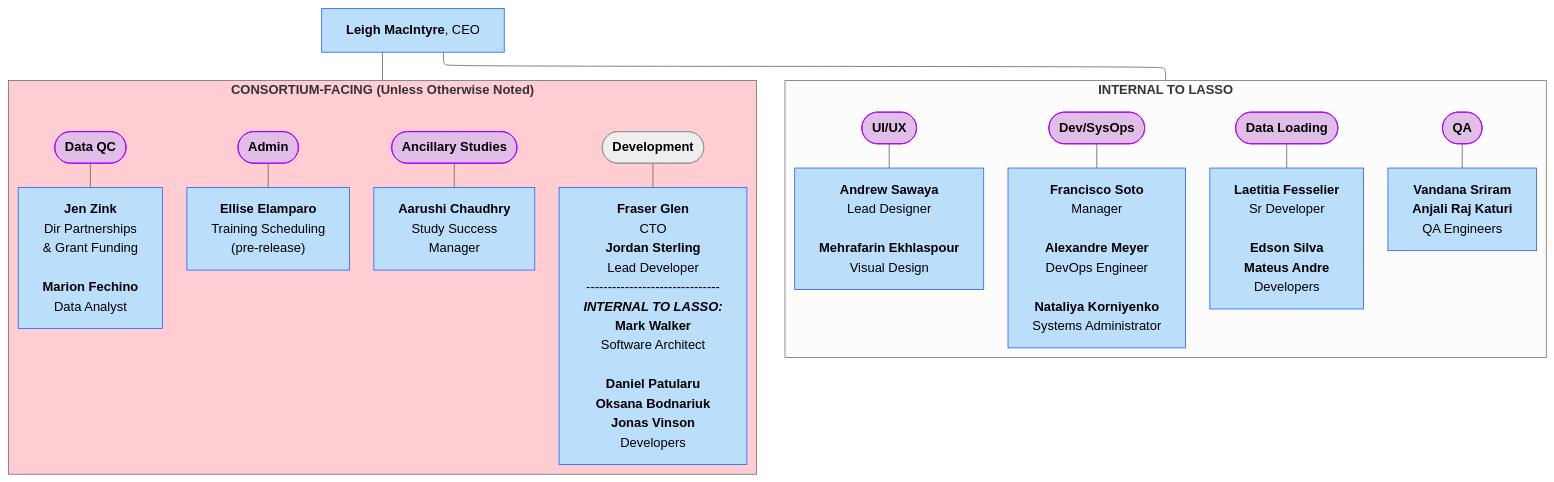
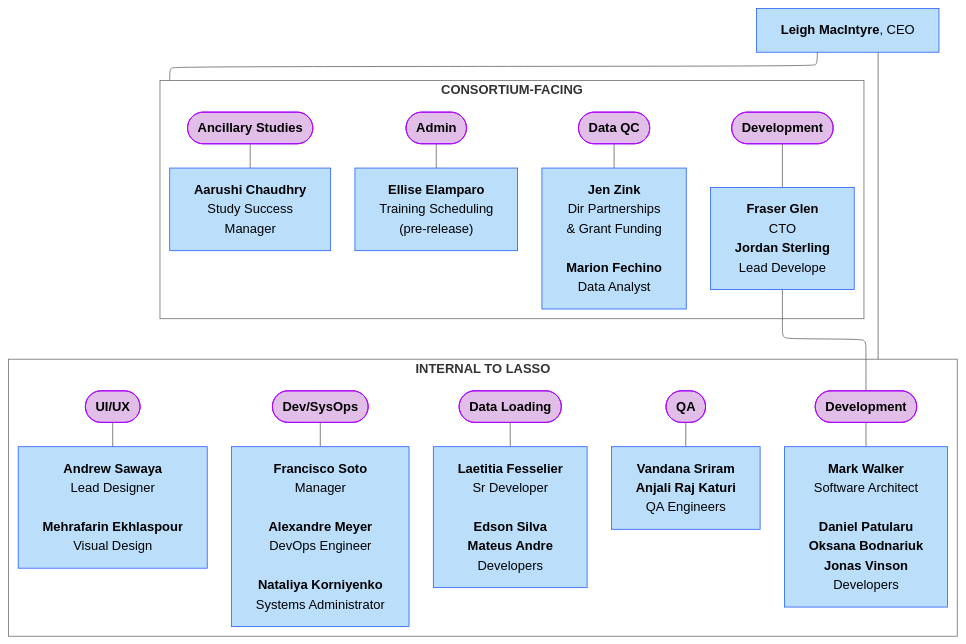
The second of 17 diagrams in docs/orgcharts_alt.md (DCAN-Labs/hbcd-docs-internal), drawn with Mermaid (neutral theme) before and after one commit. The commit also changed other lines of this file, not shown here.

Commit message:
lasso test

````diff
--- a/docs/orgcharts_alt.md
+++ b/docs/orgcharts_alt.md
@@ -3,61 +47,69 @@
 ```mermaid
 ---
 config:
   layout: elk
 ---
 flowchart TB
  subgraph s1["<b>INTERNAL TO LASSO</b>"]
         n23(["<b>Dev/SysOps</b>"])
         n24["<b>Francisco Soto</b><br>Manager<br>
     <b>Alexandre Meyer</b><br>DevOps Engineer<br><br><b>Nataliya Korniyenko<br></b>Systems Administrator"]
         n4(["<b>Data Loading</b>"])
         n9["<b>Laetitia Fesselier</b><br>Sr Developer<br>
     <b>Edson Silva</b><br><b>Mateus Andre</b><br>Developers"]
         n29(["<b>UI/UX</b>"])
         n30["<b>Andrew Sawaya</b><br>Lead Designer<br>
     <b>Mehrafarin Ekhlaspour</b><br>Visual Design"]
         n27(["<b>QA</b>"])
         n28["<b>Vandana Sriram</b><br><b>Anjali Raj Katuri<br></b>QA Engineers"]
+        n31["<b>Mark Walker</b>
+        Software Architect<br>
+        <b>Daniel Patularu
+        Oksana Bodnariuk
+        Jonas Vinson</b>
+        Developers"]
+        n32(["<b>Development</b>"])
   end
- subgraph s2["<b>CONSORTIUM-FACING (Unless Otherwise Noted)</b>"]
+ subgraph s2["<b>CONSORTIUM-FACING</b>"]
         B(["<b>Admin</b>"])
         n5["<b>Ellise Elamparo</b><br>Training Scheduling<br>(pre-release)"]
         n1(["<b>Ancillary Studies</b>"])
         n6["<b>Aarushi Chaudhry<br></b>Study Success<br>Manager"]
         n2(["<b>Data QC</b>"])
         n7["<b>Jen Zink<br></b>Dir Partnerships<br>&amp; Grant Funding<br><br><b>Marion Fechino</b><br>Data Analyst"]
         n22(["<b>Development</b>"])
-        n26["<b>Fraser Glen<br></b>CTO<br><b>Jordan Sterling<br></b>Lead Developer
-    -------------------------------
-    <b><i>INTERNAL TO LASSO:</i>
-    Mark Walker</b><br>Software Architect<br>
-    <b>Daniel Patularu</b><br><b>Oksana Bodnariuk<br>Jonas Vinson<br></b>Developers"]
+        n26["<b>Fraser Glen<br></b>CTO<br><b>Jordan Sterling<br></b>Lead Develope"]
   end
     B --- n5
     n1 --- n6
     n2 --- n7
     n4 --- n9
     n23 --- n24
     n22 --- n26
     n27 --- n28
     n29 --- n30
     A["<b>Leigh MacIntyre</b>, CEO"] --- s2 & s1
+    n32 --- n31
+    n26 --- n32
     style n23 fill:#E1BEE7,stroke:#AA00FF
     style n24 fill:#BBDEFB,stroke:#2962FF
     style n4 fill:#E1BEE7,stroke:#AA00FF
     style n9 fill:#BBDEFB,stroke:#2962FF
     style n29 fill:#E1BEE7,stroke:#AA00FF
     style n30 fill:#BBDEFB,stroke:#2962FF
     style n27 fill:#E1BEE7,stroke:#AA00FF
     style n28 fill:#BBDEFB,stroke:#2962FF
+    style n31 fill:#BBDEFB,stroke:#2962FF
+    style n32 fill:#E1BEE7,stroke:#AA00FF
     style B fill:#E1BEE7,stroke:#AA00FF
     style n5 fill:#BBDEFB,stroke:#2962FF
     style n1 fill:#E1BEE7,stroke:#AA00FF
     style n6 fill:#BBDEFB,stroke:#2962FF
     style n2 fill:#E1BEE7,stroke:#AA00FF
     style n7 fill:#BBDEFB,stroke:#2962FF
+    style n22 fill:#E1BEE7,stroke:#AA00FF
     style n26 fill:#BBDEFB,stroke:#2962FF
     style A fill:#BBDEFB,stroke:#2962FF
-    style s2 fill:#FFCDD2
-    style s1 stroke:#757575
+    style s2 fill:#FFFFFF
+    style s1 fill:#FFFFFF
 ```
````
